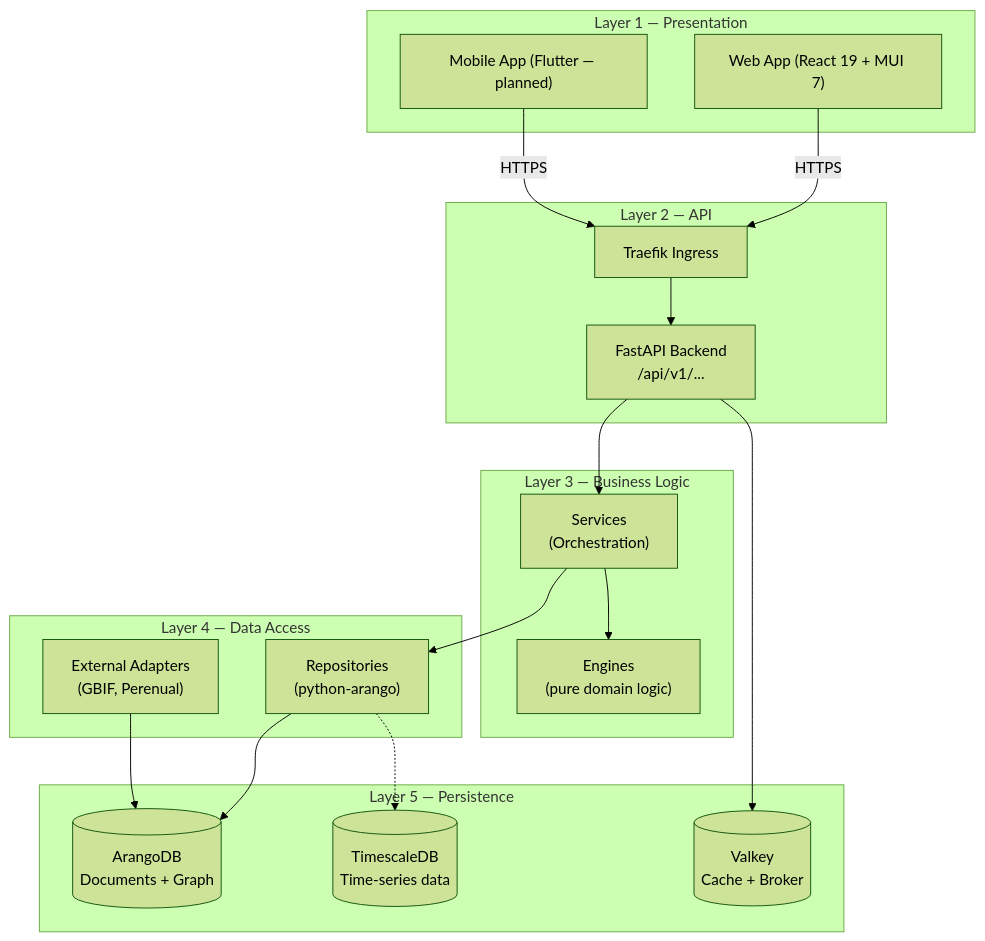
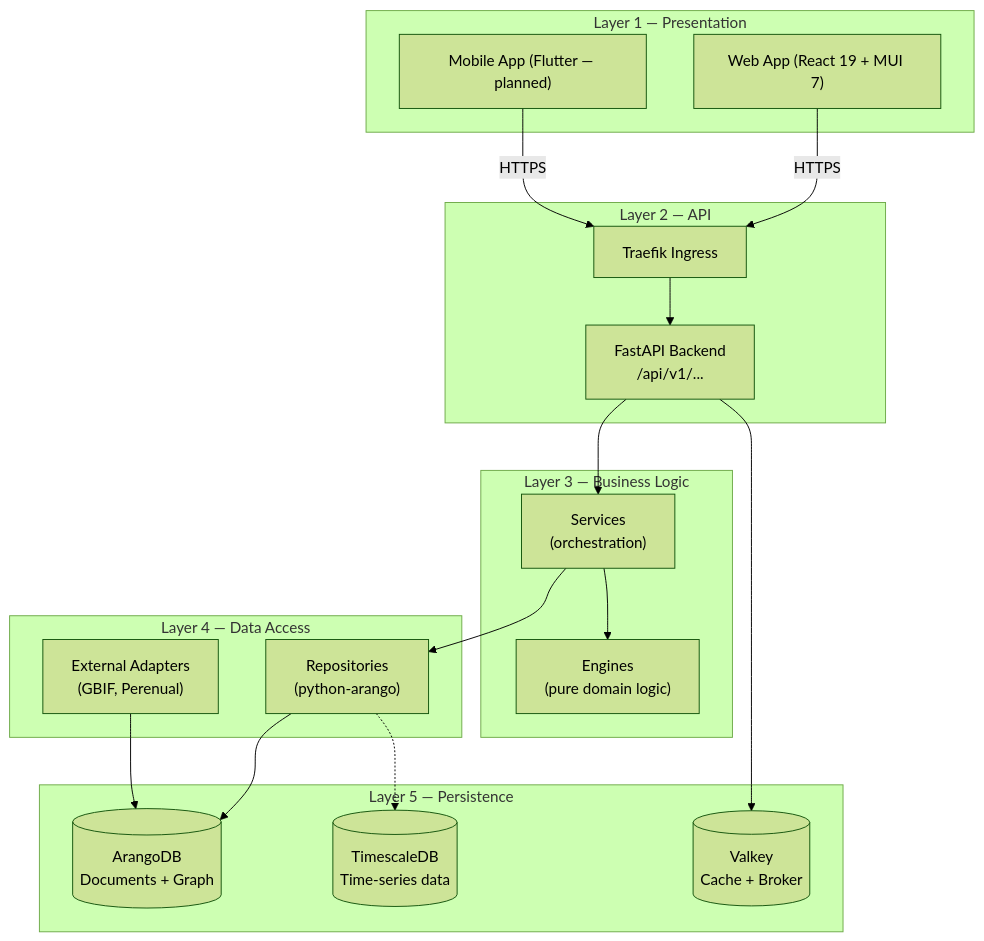
Before and after one commit to nolte/kamerplanter: the first of 2 diagrams in docs/en/architecture/overview.md, drawn with Mermaid (forest theme). The commit also changed other lines of this file and 2 other files, not shown here.

Commit message:
docs(architecture): fix overview.md diagrams + add diagram to EN index
Apply the same Mermaid spec-compliance fixes to the remaining architecture
overview diagrams and close the DE/EN parity gap on the section index:

- overview.md (DE + EN): both diagrams `graph` -> `flowchart`, `\n` ->
  `<br/>`, English labels (DE file), added `diagram-source` markers
- en/architecture/index.md: add the "Architecture overview" section and
  the (language-neutral, English-labelled) overview diagram that only the
  German index carried before

````diff
--- a/docs/en/architecture/overview.md
+++ b/docs/en/architecture/overview.md
@@ -11,39 +12,39 @@
 ```mermaid
-graph TB
+flowchart TB
     subgraph "Layer 1 — Presentation"
         Web["Web App (React 19 + MUI 7)"]
         Mobile["Mobile App (Flutter — planned)"]
     end
 
     subgraph "Layer 2 — API"
         GW["Traefik Ingress"]
-        API["FastAPI Backend\n/api/v1/..."]
+        API["FastAPI Backend<br/>/api/v1/..."]
     end
 
     subgraph "Layer 3 — Business Logic"
-        SVC["Services\n(Orchestration)"]
-        ENG["Engines\n(pure domain logic)"]
+        SVC["Services<br/>(orchestration)"]
+        ENG["Engines<br/>(pure domain logic)"]
     end
 
     subgraph "Layer 4 — Data Access"
-        REPO["Repositories\n(python-arango)"]
-        EXT["External Adapters\n(GBIF, Perenual)"]
+        REPO["Repositories<br/>(python-arango)"]
+        EXT["External Adapters<br/>(GBIF, Perenual)"]
     end
 
     subgraph "Layer 5 — Persistence"
-        ARANGO[("ArangoDB\nDocuments + Graph")]
-        TSDB[("TimescaleDB\nTime-series data")]
-        VALKEY[("Valkey\nCache + Broker")]
+        ARANGO[("ArangoDB<br/>Documents + Graph")]
+        TSDB[("TimescaleDB<br/>Time-series data")]
+        VALKEY[("Valkey<br/>Cache + Broker")]
     end
 
     Web -- HTTPS --> GW
     Mobile -- HTTPS --> GW
     GW --> API
     API --> SVC
     SVC --> ENG
     SVC --> REPO
     REPO --> ARANGO
     REPO -.-> TSDB
     API --> VALKEY
     EXT --> ARANGO
 ```
````
